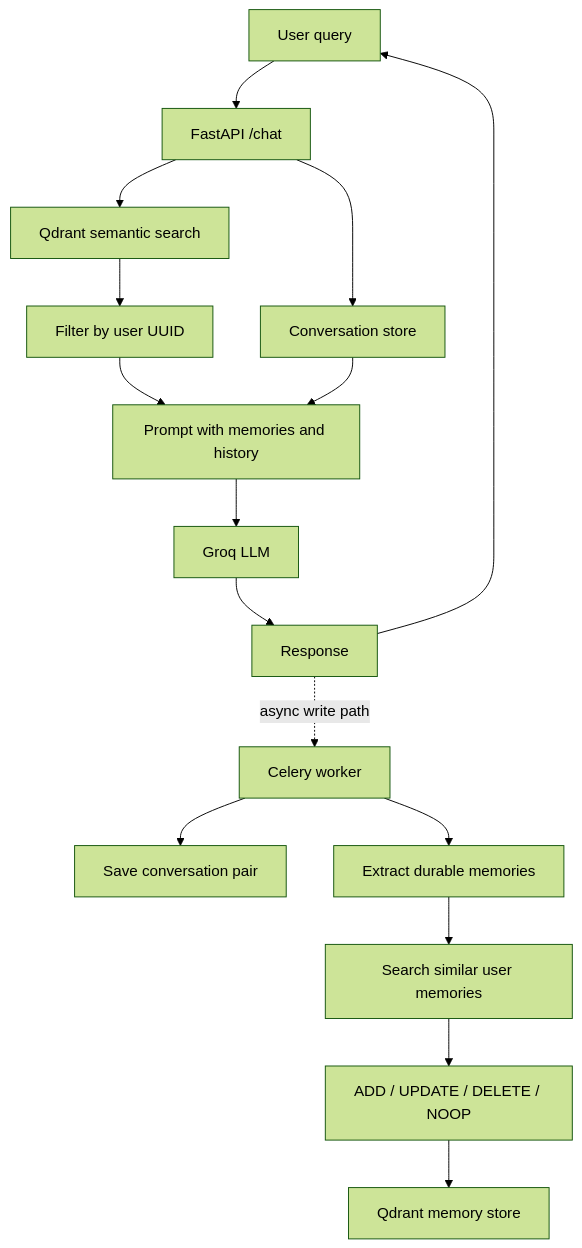
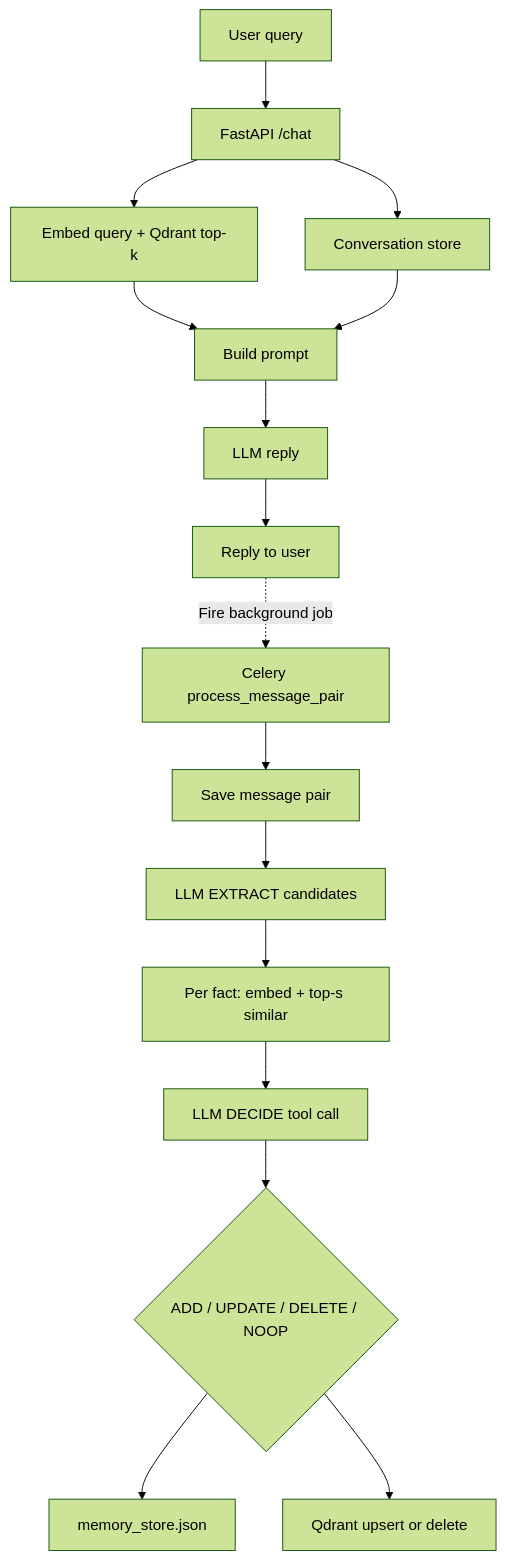
Before and after one commit to Swaraj07082/CogLayer: the diagram in README.md, drawn with Mermaid (forest theme). The commit also changed other lines of this file and 7 other files, not shown here.

````diff
--- a/README.md
+++ b/README.md
@@ -12,19 +18,19 @@
 ```mermaid
 flowchart TD
-    U[User query] --> API[FastAPI /chat]
-    API --> Q[Qdrant semantic search]
-    Q --> F[Filter by user UUID]
-    API --> C[Conversation store]
-    F --> P[Prompt with memories and history]
-    C --> P
-    P --> L[Groq LLM]
-    L --> R[Response]
-    R --> U
+  U[User query] --> API[FastAPI /chat]
+  API --> Q[Embed query + Qdrant top-k]
+  API --> C[Conversation store]
+  Q --> P[Build prompt]
+  C --> P
+  P --> L[LLM reply]
+  L --> R[Reply to user]
+  R -. Fire background job .-> W[Celery process_message_pair]
 
-    R -. async write path .-> W[Celery worker]
-    W --> S[Save conversation pair]
-    W --> E[Extract durable memories]
-    E --> Q2[Search similar user memories]
-    Q2 --> D[ADD / UPDATE / DELETE / NOOP]
-    D --> M[Qdrant memory store]
+  W --> Save[Save message pair]
+  Save --> Ext[LLM EXTRACT candidates]
+  Ext --> Sim[Per fact: embed + top-s similar]
+  Sim --> Dec[LLM DECIDE tool call]
+  Dec --> Ops{ADD / UPDATE / DELETE / NOOP}
+  Ops --> MS[memory_store.json]
+  Ops --> QD[Qdrant upsert or delete]
 ```
````
